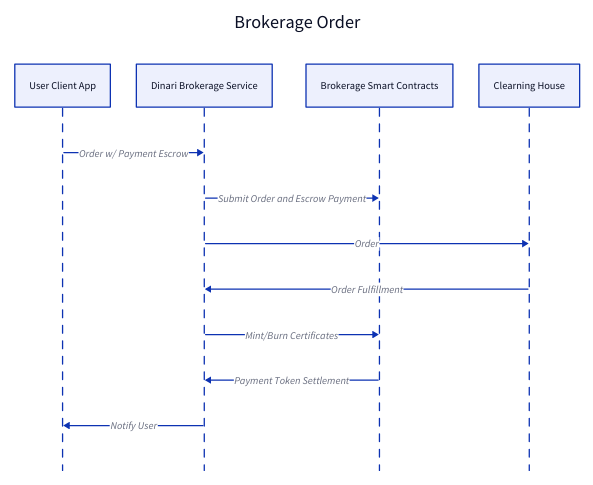
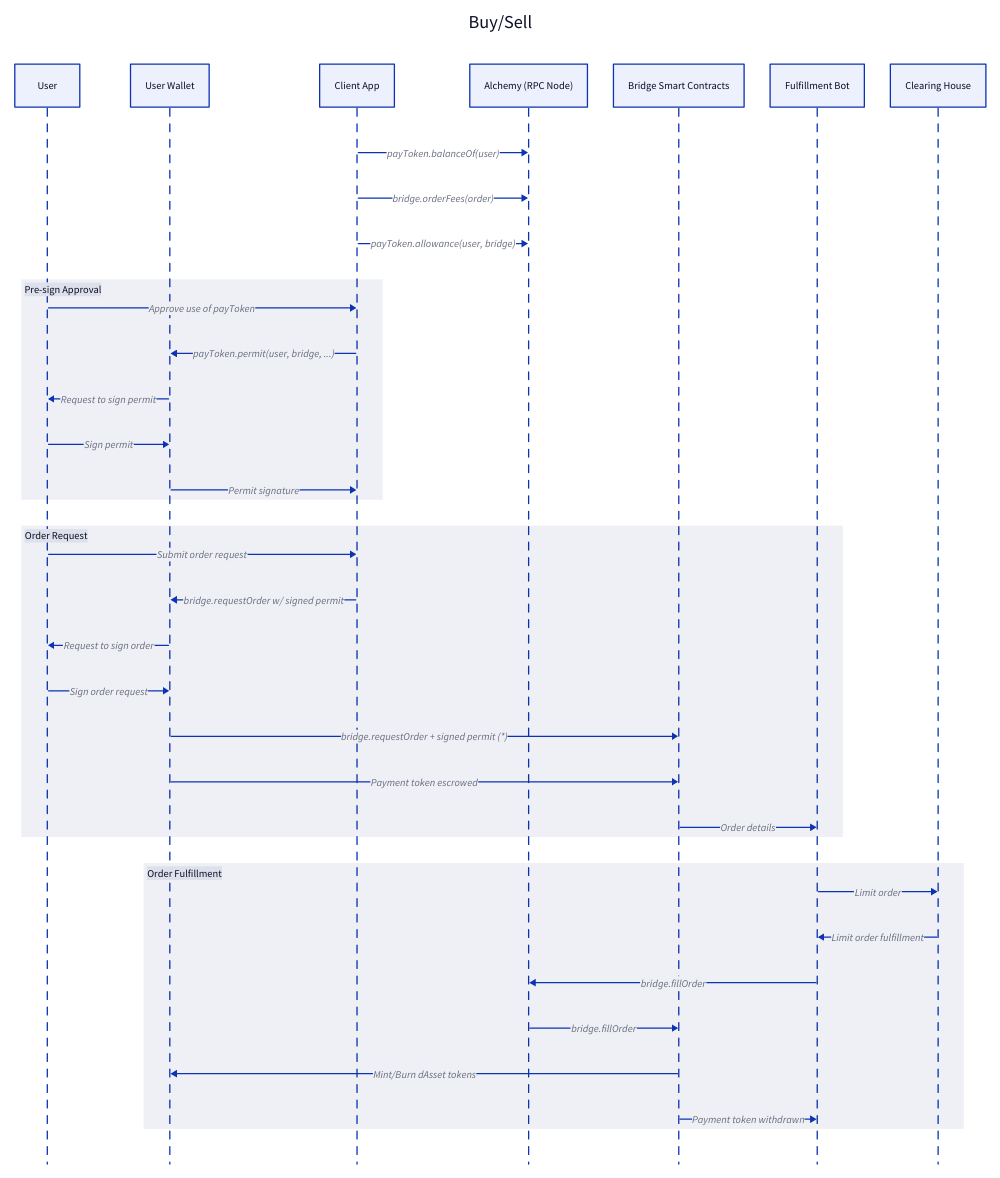
One commit to dinaricrypto/sbt-contracts changed the diagram in docs/brokerage-order.d2. Above: the diagram before and after it, drawn with D2. The commit also changed 19 other files, not shown here.

Commit message:
more detailed order sequence

```diff
--- a/docs/brokerage-order.d2
+++ b/docs/brokerage-order.d2
@@ -1,16 +1,39 @@
-Brokerage Order: {
+Buy/Sell: {
   shape: sequence_diagram
 
-  user: User Client App
-  api: Dinari Brokerage Service
-  contracts: Brokerage Smart Contracts
-  clearing: Clearning House
+  user: User
+  wallet: User Wallet
+  app: Client App
+  rpc: Alchemy (RPC Node)
+  contracts: Bridge Smart Contracts
+  bot: Fulfillment Bot
+  clearing: Clearing House
 
-  user -> api: Order w/ Payment Escrow
-  api -> contracts: Submit Order and Escrow Payment
-  api -> clearing: Order
-  clearing -> api: Order Fulfillment
-  api -> contracts: Mint/Burn Certificates
-  contracts -> api: Payment Token Settlement
-  api -> user: Notify User
+  app -> rpc: payToken.balanceOf(user)
+  app -> rpc: bridge.orderFees(order)
+  app -> rpc: payToken.allowance(user, bridge)
+  Pre-sign Approval: {
+    user -> app: Approve use of payToken
+    app -> wallet: payToken.permit(user, bridge, ...)
+    wallet -> user: Request to sign permit
+    user -> wallet: Sign permit
+    wallet -> app: Permit signature
+  }
+  Order Request: {
+    user -> app: Submit order request
+    app -> wallet: bridge.requestOrder w/ signed permit
+    wallet -> user: Request to sign order
+    user -> wallet: Sign order request
+    wallet -> contracts: bridge.requestOrder + signed permit (*)
+    wallet -> contracts: Payment token escrowed
+    contracts -> bot: Order details
+  }
+  Order Fulfillment: {
+    bot -> clearing: Limit order
+    clearing -> bot: Limit order fulfillment
+    bot -> rpc: bridge.fillOrder
+    rpc -> contracts: bridge.fillOrder
+    contracts -> wallet: Mint/Burn dAsset tokens
+    contracts -> bot: Payment token withdrawn
+  }
 }
```
